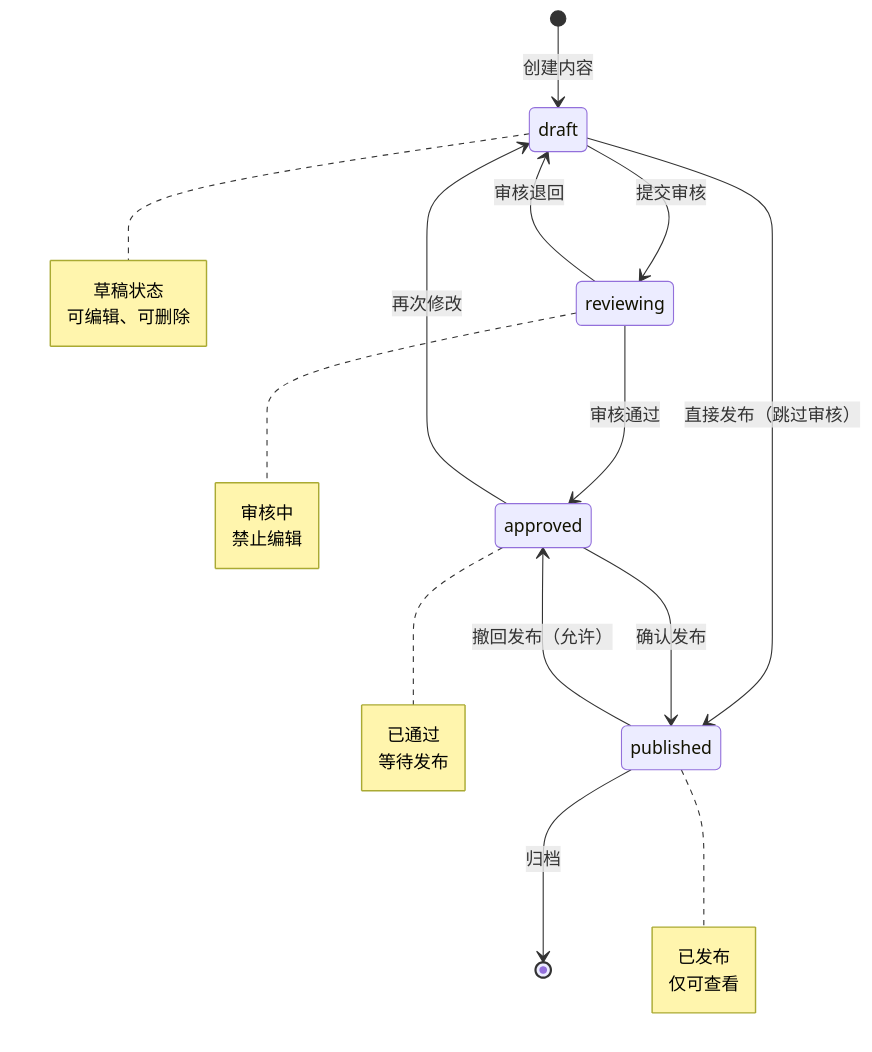
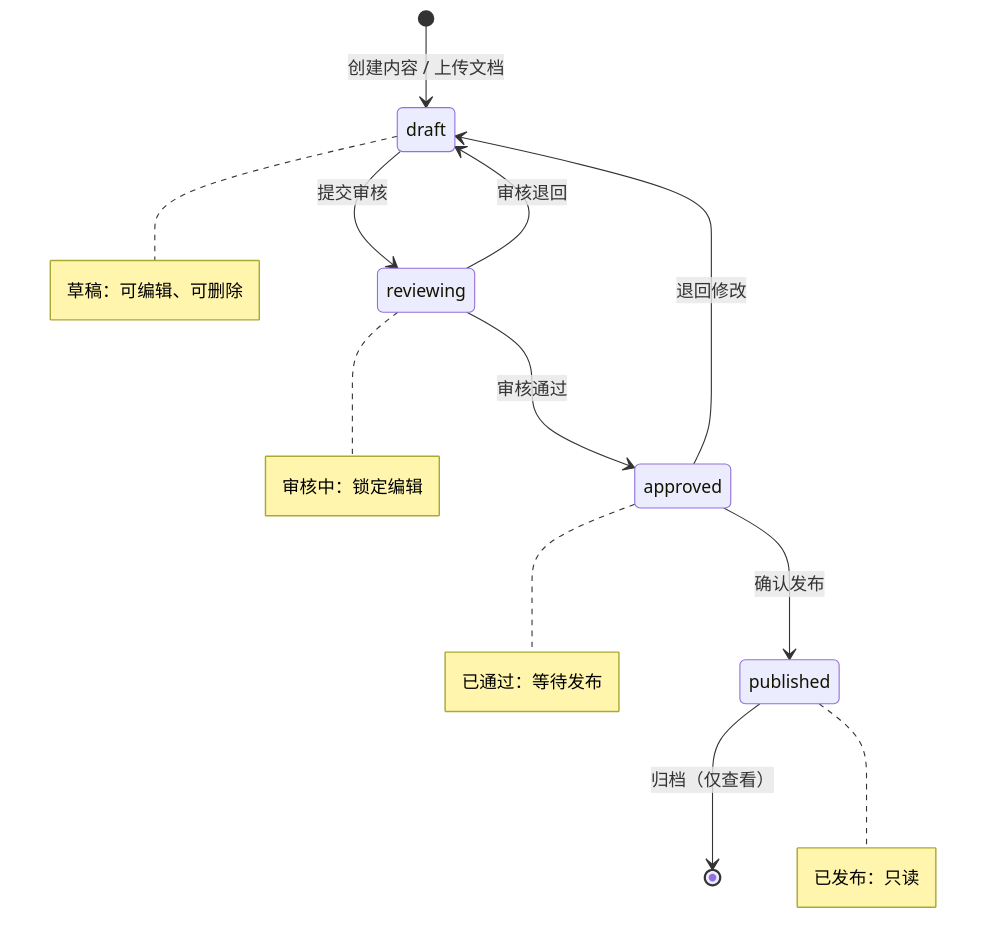
Diagram 11 of 17 in docs/uml/01-类图与时序图.md (ZhengZhenyu/omnicontent), drawn with Mermaid before and after one commit. The commit also changed other lines of this file and 15 other files, not shown here.

````diff
--- a/docs/uml/01-类图与时序图.md
+++ b/docs/uml/01-类图与时序图.md
@@ -473,36 +541,26 @@
 ```mermaid
 stateDiagram-v2
-    [*] --> draft: 创建内容
+    [*] --> draft : 创建内容 / 上传文档
 
-    draft --> reviewing: 提交审核
-    draft --> published: 直接发布（跳过审核）
+    draft --> reviewing : 提交审核
+    reviewing --> approved : 审核通过
+    reviewing --> draft : 审核退回
 
-    reviewing --> approved: 审核通过
-    reviewing --> draft: 审核退回
+    approved --> published : 确认发布
+    approved --> draft : 退回修改
 
-    approved --> published: 确认发布
-    approved --> draft: 再次修改
-
-    published --> approved: 撤回发布（允许）
-    published --> [*]: 归档
+    published --> [*] : 归档（仅查看）
 
     note right of draft
-        草稿状态
-        可编辑、可删除
+        草稿：可编辑、可删除
     end note
-
     note right of reviewing
-        审核中
-        禁止编辑
+        审核中：锁定编辑
     end note
-
     note right of approved
-        已通过
-        等待发布
+        已通过：等待发布
     end note
-
     note right of published
-        已发布
-        仅可查看
+        已发布：只读
     end note
 ```
````
